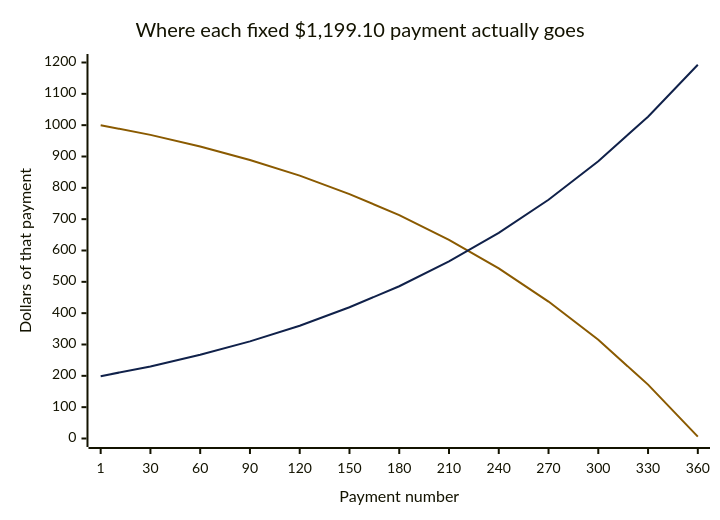
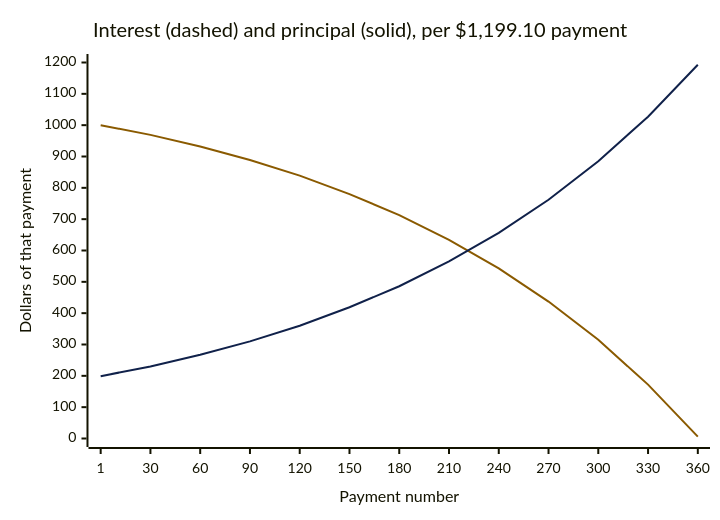
One commit to rioffe/intro_to_ai_software_engineering changed the first of 4 diagrams in manuscript/05-fixed-mortgages.md. Above: the diagram before and after it, drawn with Mermaid. The commit also changed 7 other files, not shown here.

````diff
--- a/manuscript/05-fixed-mortgages.md
+++ b/manuscript/05-fixed-mortgages.md
@@ -25,15 +25,15 @@
 ```mermaid
 ---
 config:
   themeCSS: ".line-plot-0 { stroke-dasharray: 10 6; stroke-width: 3px; } .line-plot-1 { stroke-width: 3px; }"
   themeVariables:
     xyChart:
       plotColorPalette: "#8a5a00, #10214a"
 ---
 xychart-beta
-    title "Where each fixed $1,199.10 payment actually goes"
+    title "Interest (dashed) and principal (solid), per $1,199.10 payment"
     x-axis "Payment number" [1, 30, 60, 90, 120, 150, 180, 210, 240, 270, 300, 330, 360]
     y-axis "Dollars of that payment" 0 --> 1200
     line [1000, 969, 932, 889, 839, 780, 713, 634, 543, 437, 315, 172, 6]
     line [199, 230, 267, 310, 360, 419, 486, 565, 656, 762, 885, 1027, 1193]
 ```
````
